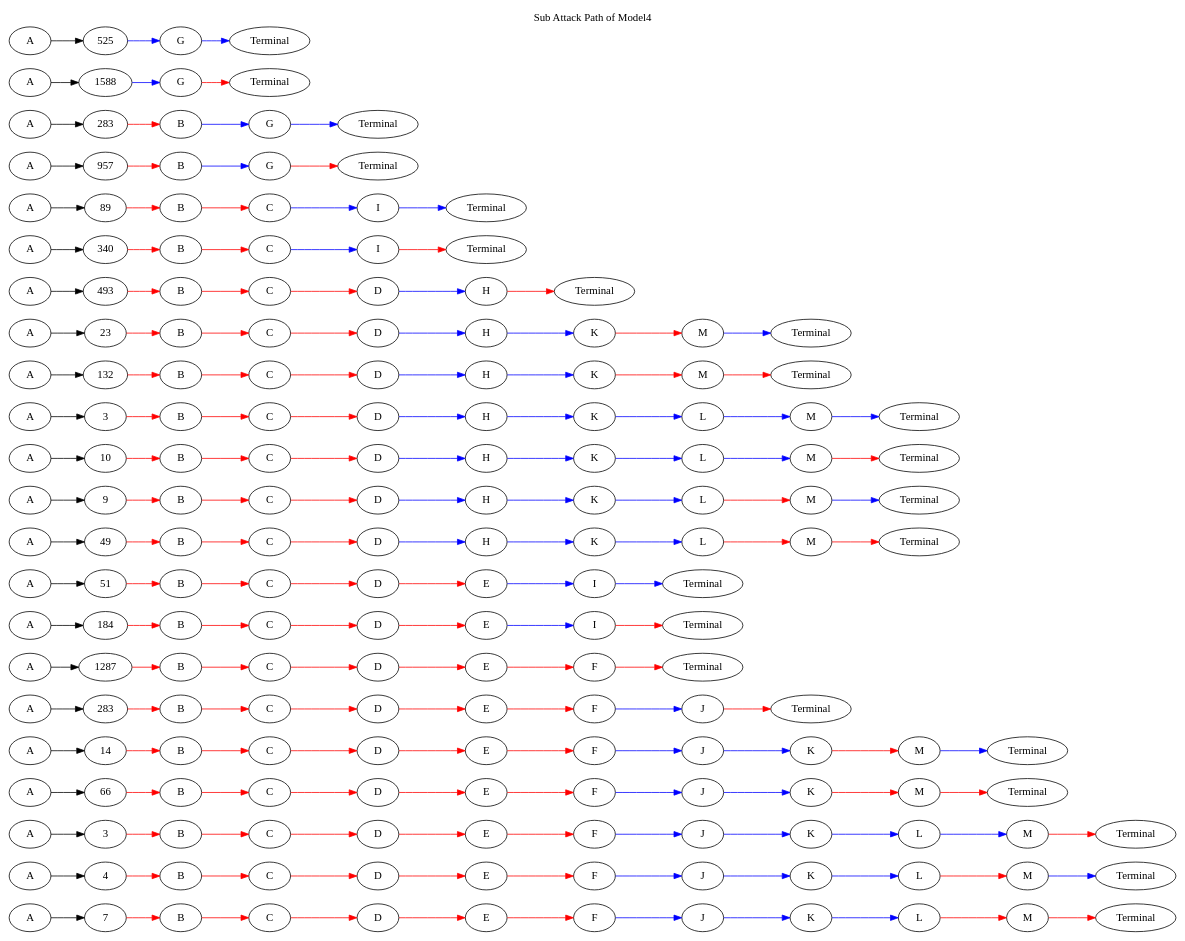
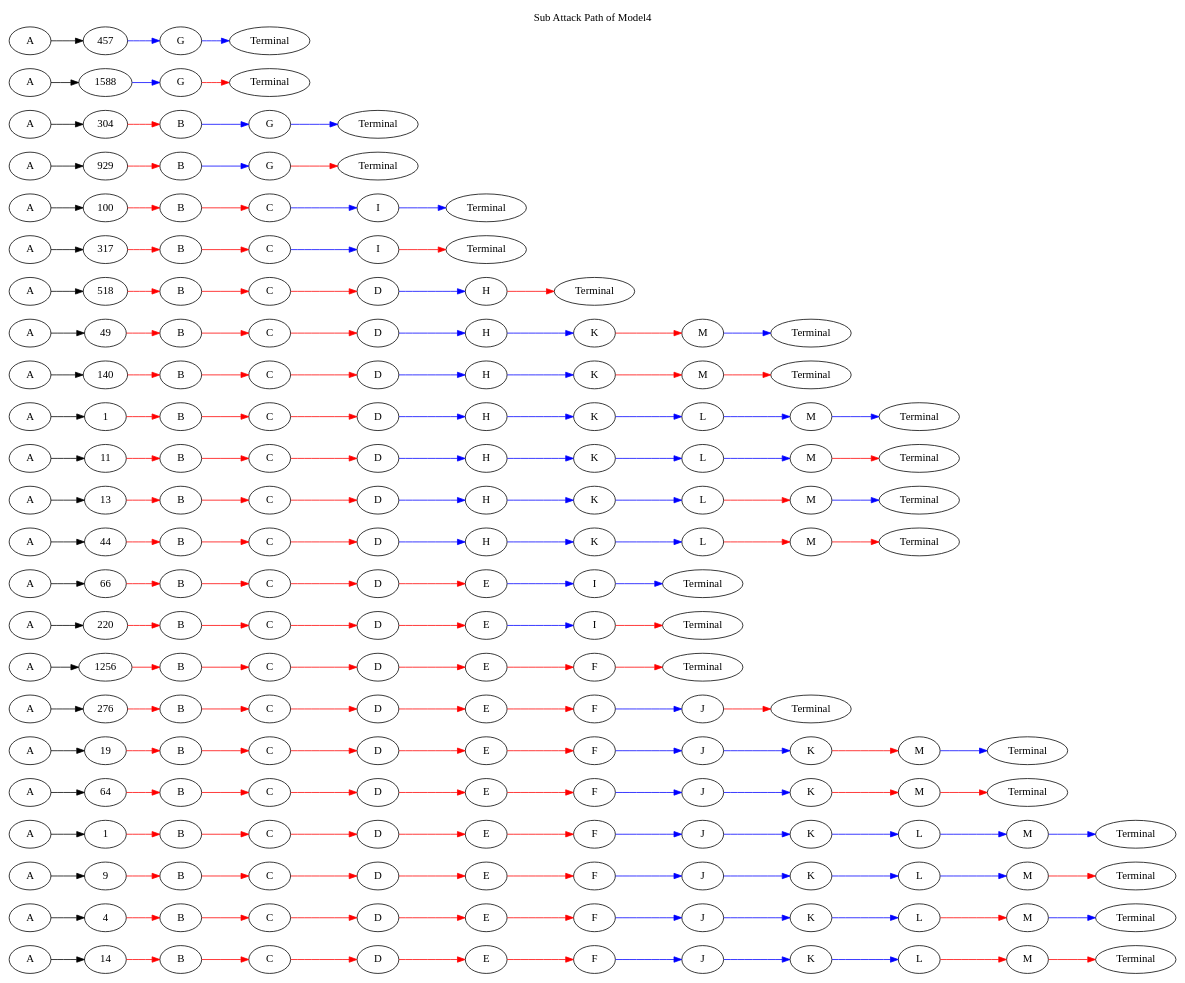
One commit to riasati/EvaluatingCSA changed the diagram in BPMN-Network-Model/Model4/graph/SubAttackPath.gv. Above: the diagram before and after it, drawn with Graphviz. The commit also changed 71 other files, not shown here.

Commit message:
add project attack graph in csa simulator add create table in data convertor

```diff
--- a/BPMN-Network-Model/Model4/graph/SubAttackPath.gv
+++ b/BPMN-Network-Model/Model4/graph/SubAttackPath.gv
@@ -2,7 +2,7 @@
 digraph SubAttackPathModel {
 	graph [label="Sub Attack Path of Model4" labelloc=t rankdir=LR]
 	A1 [label=A]
-	number_of_attack1 [label=7]
+	number_of_attack1 [label=14]
 	A1 -> number_of_attack1
 	B1 [label=B]
 	number_of_attack1 -> B1 [color=red]
@@ -48,7 +48,7 @@
 	Terminal2 [label=Terminal]
 	M2 -> Terminal2 [color=blue]
 	A3 [label=A]
-	number_of_attack3 [label=3]
+	number_of_attack3 [label=9]
 	A3 -> number_of_attack3
 	B3 [label=B]
 	number_of_attack3 -> B3 [color=red]
@@ -71,7 +71,7 @@
 	Terminal3 [label=Terminal]
 	M3 -> Terminal3 [color=red]
 	A4 [label=A]
-	number_of_attack4 [label=66]
+	number_of_attack4 [label=1]
 	A4 -> number_of_attack4
 	B4 [label=B]
 	number_of_attack4 -> B4 [color=red]
@@ -87,12 +87,14 @@
 	F4 -> J4 [color=blue]
 	K4 [label=K]
 	J4 -> K4 [color=blue]
+	L4 [label=L]
+	K4 -> L4 [color=blue]
 	M4 [label=M]
-	K4 -> M4 [color=red]
+	L4 -> M4 [color=blue]
 	Terminal4 [label=Terminal]
-	M4 -> Terminal4 [color=red]
+	M4 -> Terminal4 [color=blue]
 	A5 [label=A]
-	number_of_attack5 [label=14]
+	number_of_attack5 [label=64]
 	A5 -> number_of_attack5
 	B5 [label=B]
 	number_of_attack5 -> B5 [color=red]
@@ -111,9 +113,9 @@
 	M5 [label=M]
 	K5 -> M5 [color=red]
 	Terminal5 [label=Terminal]
-	M5 -> Terminal5 [color=blue]
+	M5 -> Terminal5 [color=red]
 	A6 [label=A]
-	number_of_attack6 [label=283]
+	number_of_attack6 [label=19]
 	A6 -> number_of_attack6
 	B6 [label=B]
 	number_of_attack6 -> B6 [color=red]
@@ -127,10 +129,14 @@
 	E6 -> F6 [color=red]
 	J6 [label=J]
 	F6 -> J6 [color=blue]
+	K6 [label=K]
+	J6 -> K6 [color=blue]
+	M6 [label=M]
+	K6 -> M6 [color=red]
 	Terminal6 [label=Terminal]
-	J6 -> Terminal6 [color=red]
+	M6 -> Terminal6 [color=blue]
 	A7 [label=A]
-	number_of_attack7 [label=1287]
+	number_of_attack7 [label=276]
 	A7 -> number_of_attack7
 	B7 [label=B]
 	number_of_attack7 -> B7 [color=red]
@@ -142,10 +148,12 @@
 	D7 -> E7 [color=red]
 	F7 [label=F]
 	E7 -> F7 [color=red]
+	J7 [label=J]
+	F7 -> J7 [color=blue]
 	Terminal7 [label=Terminal]
-	F7 -> Terminal7 [color=red]
+	J7 -> Terminal7 [color=red]
 	A8 [label=A]
-	number_of_attack8 [label=184]
+	number_of_attack8 [label=1256]
 	A8 -> number_of_attack8
 	B8 [label=B]
 	number_of_attack8 -> B8 [color=red]
@@ -155,12 +163,12 @@
 	C8 -> D8 [color=red]
 	E8 [label=E]
 	D8 -> E8 [color=red]
-	I8 [label=I]
-	E8 -> I8 [color=blue]
+	F8 [label=F]
+	E8 -> F8 [color=red]
 	Terminal8 [label=Terminal]
-	I8 -> Terminal8 [color=red]
+	F8 -> Terminal8 [color=red]
 	A9 [label=A]
-	number_of_attack9 [label=51]
+	number_of_attack9 [label=220]
 	A9 -> number_of_attack9
 	B9 [label=B]
 	number_of_attack9 -> B9 [color=red]
@@ -173,9 +181,9 @@
 	I9 [label=I]
 	E9 -> I9 [color=blue]
 	Terminal9 [label=Terminal]
-	I9 -> Terminal9 [color=blue]
+	I9 -> Terminal9 [color=red]
 	A10 [label=A]
-	number_of_attack10 [label=49]
+	number_of_attack10 [label=66]
 	A10 -> number_of_attack10
 	B10 [label=B]
 	number_of_attack10 -> B10 [color=red]
@@ -183,18 +191,14 @@
 	B10 -> C10 [color=red]
 	D10 [label=D]
 	C10 -> D10 [color=red]
-	H10 [label=H]
-	D10 -> H10 [color=blue]
-	K10 [label=K]
-	H10 -> K10 [color=blue]
-	L10 [label=L]
-	K10 -> L10 [color=blue]
-	M10 [label=M]
-	L10 -> M10 [color=red]
+	E10 [label=E]
+	D10 -> E10 [color=red]
+	I10 [label=I]
+	E10 -> I10 [color=blue]
 	Terminal10 [label=Terminal]
-	M10 -> Terminal10 [color=red]
+	I10 -> Terminal10 [color=blue]
 	A11 [label=A]
-	number_of_attack11 [label=9]
+	number_of_attack11 [label=44]
 	A11 -> number_of_attack11
 	B11 [label=B]
 	number_of_attack11 -> B11 [color=red]
@@ -211,9 +215,9 @@
 	M11 [label=M]
 	L11 -> M11 [color=red]
 	Terminal11 [label=Terminal]
-	M11 -> Terminal11 [color=blue]
+	M11 -> Terminal11 [color=red]
 	A12 [label=A]
-	number_of_attack12 [label=10]
+	number_of_attack12 [label=13]
 	A12 -> number_of_attack12
 	B12 [label=B]
 	number_of_attack12 -> B12 [color=red]
@@ -228,11 +232,11 @@
 	L12 [label=L]
 	K12 -> L12 [color=blue]
 	M12 [label=M]
-	L12 -> M12 [color=blue]
+	L12 -> M12 [color=red]
 	Terminal12 [label=Terminal]
-	M12 -> Terminal12 [color=red]
+	M12 -> Terminal12 [color=blue]
 	A13 [label=A]
-	number_of_attack13 [label=3]
+	number_of_attack13 [label=11]
 	A13 -> number_of_attack13
 	B13 [label=B]
 	number_of_attack13 -> B13 [color=red]
@@ -249,9 +253,9 @@
 	M13 [label=M]
 	L13 -> M13 [color=blue]
 	Terminal13 [label=Terminal]
-	M13 -> Terminal13 [color=blue]
+	M13 -> Terminal13 [color=red]
 	A14 [label=A]
-	number_of_attack14 [label=132]
+	number_of_attack14 [label=1]
 	A14 -> number_of_attack14
 	B14 [label=B]
 	number_of_attack14 -> B14 [color=red]
@@ -263,12 +267,14 @@
 	D14 -> H14 [color=blue]
 	K14 [label=K]
 	H14 -> K14 [color=blue]
+	L14 [label=L]
+	K14 -> L14 [color=blue]
 	M14 [label=M]
-	K14 -> M14 [color=red]
+	L14 -> M14 [color=blue]
 	Terminal14 [label=Terminal]
-	M14 -> Terminal14 [color=red]
+	M14 -> Terminal14 [color=blue]
 	A15 [label=A]
-	number_of_attack15 [label=23]
+	number_of_attack15 [label=140]
 	A15 -> number_of_attack15
 	B15 [label=B]
 	number_of_attack15 -> B15 [color=red]
@@ -283,9 +289,9 @@
 	M15 [label=M]
 	K15 -> M15 [color=red]
 	Terminal15 [label=Terminal]
-	M15 -> Terminal15 [color=blue]
+	M15 -> Terminal15 [color=red]
 	A16 [label=A]
-	number_of_attack16 [label=493]
+	number_of_attack16 [label=49]
 	A16 -> number_of_attack16
 	B16 [label=B]
 	number_of_attack16 -> B16 [color=red]
@@ -295,21 +301,27 @@
 	C16 -> D16 [color=red]
 	H16 [label=H]
 	D16 -> H16 [color=blue]
+	K16 [label=K]
+	H16 -> K16 [color=blue]
+	M16 [label=M]
+	K16 -> M16 [color=red]
 	Terminal16 [label=Terminal]
-	H16 -> Terminal16 [color=red]
+	M16 -> Terminal16 [color=blue]
 	A17 [label=A]
-	number_of_attack17 [label=340]
+	number_of_attack17 [label=518]
 	A17 -> number_of_attack17
 	B17 [label=B]
 	number_of_attack17 -> B17 [color=red]
 	C17 [label=C]
 	B17 -> C17 [color=red]
-	I17 [label=I]
-	C17 -> I17 [color=blue]
+	D17 [label=D]
+	C17 -> D17 [color=red]
+	H17 [label=H]
+	D17 -> H17 [color=blue]
 	Terminal17 [label=Terminal]
-	I17 -> Terminal17 [color=red]
+	H17 -> Terminal17 [color=red]
 	A18 [label=A]
-	number_of_attack18 [label=89]
+	number_of_attack18 [label=317]
 	A18 -> number_of_attack18
 	B18 [label=B]
 	number_of_attack18 -> B18 [color=red]
@@ -318,37 +330,48 @@
 	I18 [label=I]
 	C18 -> I18 [color=blue]
 	Terminal18 [label=Terminal]
-	I18 -> Terminal18 [color=blue]
+	I18 -> Terminal18 [color=red]
 	A19 [label=A]
-	number_of_attack19 [label=957]
+	number_of_attack19 [label=100]
 	A19 -> number_of_attack19
 	B19 [label=B]
 	number_of_attack19 -> B19 [color=red]
-	G19 [label=G]
-	B19 -> G19 [color=blue]
+	C19 [label=C]
+	B19 -> C19 [color=red]
+	I19 [label=I]
+	C19 -> I19 [color=blue]
 	Terminal19 [label=Terminal]
-	G19 -> Terminal19 [color=red]
+	I19 -> Terminal19 [color=blue]
 	A20 [label=A]
-	number_of_attack20 [label=283]
+	number_of_attack20 [label=929]
 	A20 -> number_of_attack20
 	B20 [label=B]
 	number_of_attack20 -> B20 [color=red]
 	G20 [label=G]
 	B20 -> G20 [color=blue]
 	Terminal20 [label=Terminal]
-	G20 -> Terminal20 [color=blue]
+	G20 -> Terminal20 [color=red]
 	A21 [label=A]
-	number_of_attack21 [label=1588]
+	number_of_attack21 [label=304]
 	A21 -> number_of_attack21
+	B21 [label=B]
+	number_of_attack21 -> B21 [color=red]
 	G21 [label=G]
-	number_of_attack21 -> G21 [color=blue]
+	B21 -> G21 [color=blue]
 	Terminal21 [label=Terminal]
-	G21 -> Terminal21 [color=red]
+	G21 -> Terminal21 [color=blue]
 	A22 [label=A]
-	number_of_attack22 [label=525]
+	number_of_attack22 [label=1588]
 	A22 -> number_of_attack22
 	G22 [label=G]
 	number_of_attack22 -> G22 [color=blue]
 	Terminal22 [label=Terminal]
-	G22 -> Terminal22 [color=blue]
+	G22 -> Terminal22 [color=red]
+	A23 [label=A]
+	number_of_attack23 [label=457]
+	A23 -> number_of_attack23
+	G23 [label=G]
+	number_of_attack23 -> G23 [color=blue]
+	Terminal23 [label=Terminal]
+	G23 -> Terminal23 [color=blue]
 }
```
